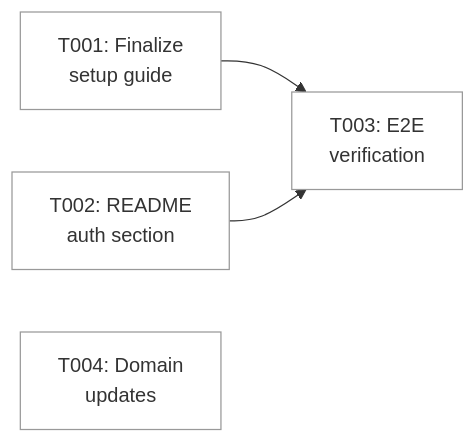
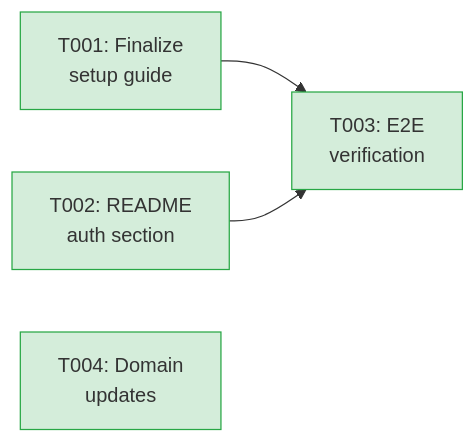
The diagram in docs/plans/063-login/tasks/phase-4-documentation-polish/tasks.md (AI-Substrate/chainglass), drawn with Mermaid before and after one commit. The commit also changed other lines of this file and 6 other files, not shown here.

First line of the commit message:
Complete Phase 4: documentation, README auth section, domain updates

````diff
--- a/docs/plans/063-login/tasks/phase-4-documentation-polish/tasks.md
+++ b/docs/plans/063-login/tasks/phase-4-documentation-polish/tasks.md
@@ -40,16 +40,16 @@
 ```mermaid
 graph LR
-    T001["T001: Finalize<br/>setup guide"]:::pending
-    T002["T002: README<br/>auth section"]:::pending
-    T003["T003: E2E<br/>verification"]:::pending
-    T004["T004: Domain<br/>updates"]:::pending
+    T001["T001: Finalize<br/>setup guide"]:::completed
+    T002["T002: README<br/>auth section"]:::completed
+    T003["T003: E2E<br/>verification"]:::completed
+    T004["T004: Domain<br/>updates"]:::completed
 
     T001 --> T003
     T002 --> T003
     T004
 
     classDef pending fill:#fff,stroke:#999
     classDef inprogress fill:#fff3cd,stroke:#ffc107
     classDef completed fill:#d4edda,stroke:#28a745
     classDef blocked fill:#f8d7da,stroke:#dc3545
 ```
````
